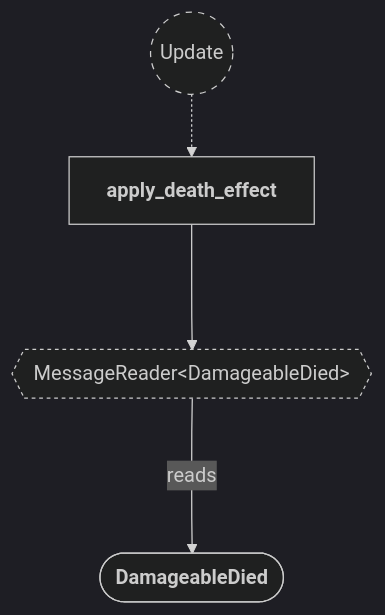
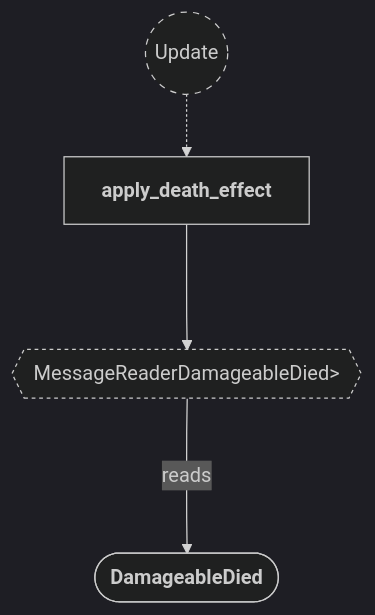
Before and after one commit to neurosoup/tyled: the fourth of 20 diagrams in backlog/docs/doc-10 - 008-Effects-plugin.md, drawn with Mermaid. The commit also changed other lines of this file and 3 other files, not shown here.

````diff
--- a/backlog/docs/doc-10 - 008-Effects-plugin.md
+++ b/backlog/docs/doc-10 - 008-Effects-plugin.md
@@ -177,22 +177,22 @@
 ```mermaid
 ---
 config:
   theme: dark
 ---
 
 flowchart TD
 classDef system-group stroke-dasharray: 5 5
 classDef reader stroke-dasharray: 3 3
 
 update(("`Update`")):::system-group
 apply_death_effect["`**apply_death_effect**`"]
 
 update -.-> apply_death_effect
 
-message_reader{{"MessageReader#60;DamageableDied#62;"}}:::reader
+message_reader{{"MessageReaderDamageableDied#62;"}}:::reader
 apply_death_effect ---> message_reader
 
 damageable_died_message(["`**DamageableDied**`"])
 
 message_reader ---> |reads| damageable_died_message
 ```
````
